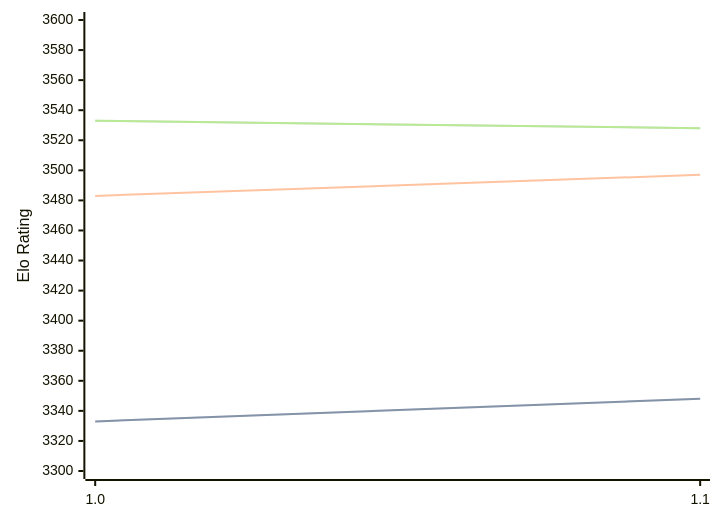
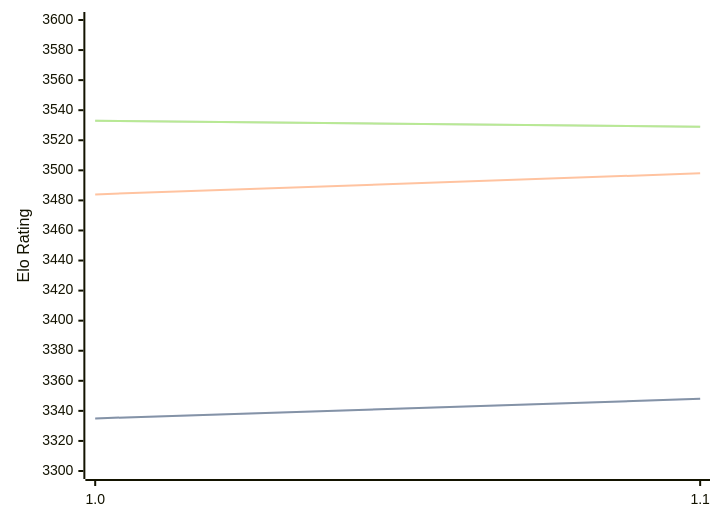
One commit to computer-chess-index/cci changed the diagram in engines/Horsie.md. Above: the diagram before and after it, drawn with Mermaid. The commit also changed other lines of this file, not shown here.

Commit message:
Update CCI Ratings (ELO VLTC) - 2026-08-24

````diff
--- a/engines/Horsie.md
+++ b/engines/Horsie.md
@@ -32,11 +32,11 @@
 ```mermaid
 %%{init: {"theme":"base","themeVariables":{"seriesColors:['#a3a3a3','#222221','#faa371']}}}%%
 xychart-beta
   x-axis ["1.0", "1.1"]
   y-axis "Elo Rating" 3300 --> 3600
-  line "STC (8.0+0.08s)" [3333, 3348]
-  line "STC (8.0+0.08s)" [3333, 3348]
-  line "LTC (60.0+0.60s)" [3483, 3497]
-  line "VLTC (2m24s+1.12s)" [3533, 3528]
-  line "VLTC (2m24s+1.12s)" [3533, 3528]
+  line "STC (8.0+0.08s)" [3335, 3348]
+  line "STC (8.0+0.08s)" [3335, 3348]
+  line "LTC (60.0+0.60s)" [3484, 3498]
+  line "VLTC (2m24s+1.12s)" [3533, 3529]
+  line "VLTC (2m24s+1.12s)" [3533, 3529]
 ```
````
